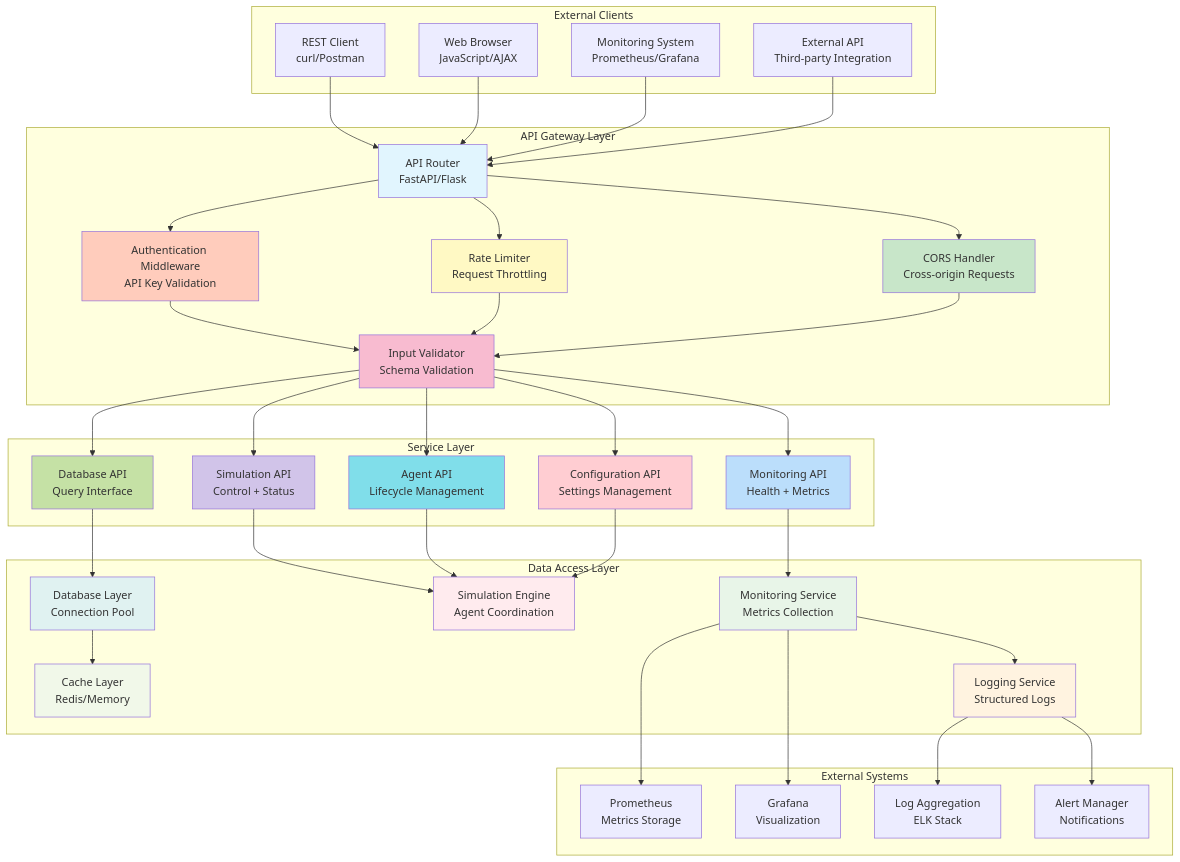
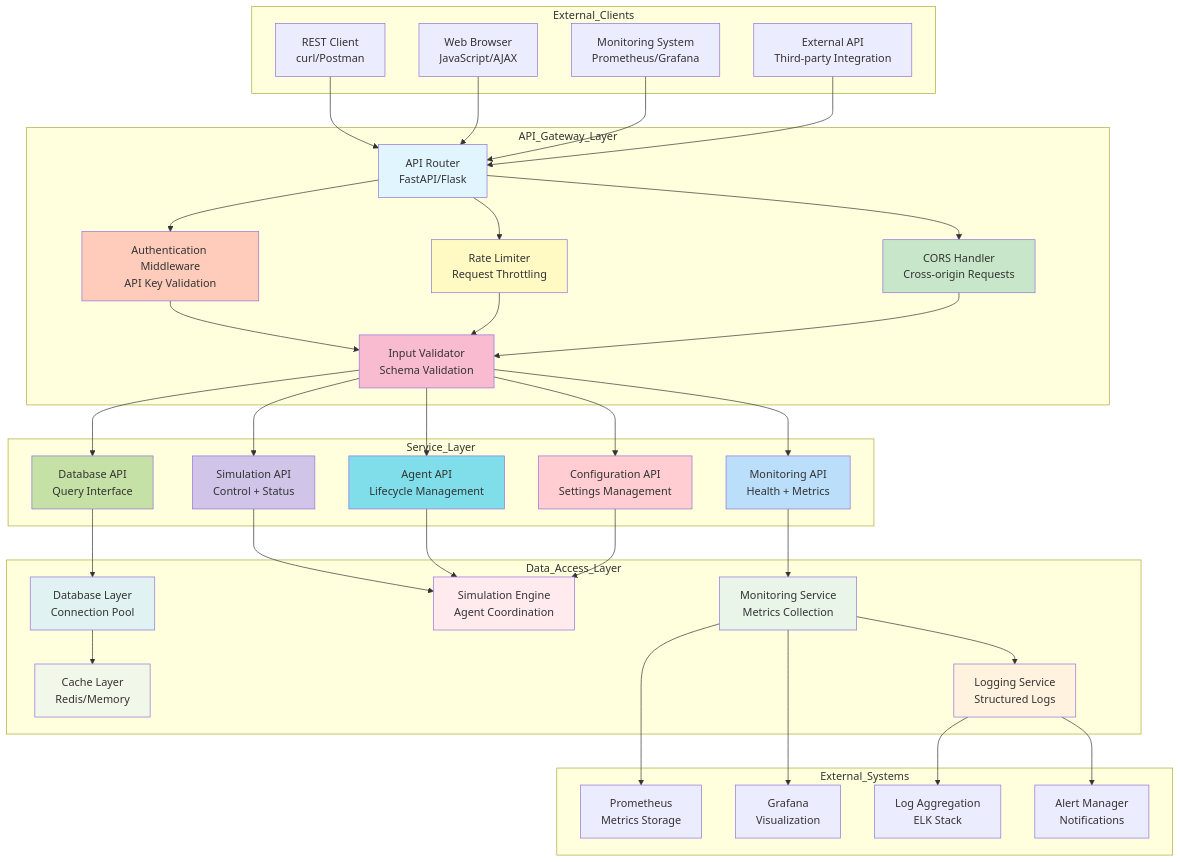
One commit to tanm-sys/build changed the fifth of 11 diagrams in decentralized-ai-simulation/docs/PROJECT_OVERVIEW.md. Above: the diagram before and after it, drawn with Mermaid. The commit also changed other lines of this file and 5 other files, not shown here.

Commit message:
Fix Mermaid diagram parse errors in Markdown files (resolve LINK token issues on line 29 and others)

````diff
--- a/decentralized-ai-simulation/docs/PROJECT_OVERVIEW.md
+++ b/decentralized-ai-simulation/docs/PROJECT_OVERVIEW.md
@@ -542,13 +542,13 @@
 ```mermaid
 graph TB
-    subgraph "External Clients"
+    subgraph "External_Clients"
         CLIENT1[REST Client<br/>curl/Postman]
         CLIENT2[Web Browser<br/>JavaScript/AJAX]
         CLIENT3[Monitoring System<br/>Prometheus/Grafana]
         CLIENT4[External API<br/>Third-party Integration]
     end
 
-    subgraph "API Gateway Layer"
+    subgraph "API_Gateway_Layer"
         ROUTER[API Router<br/>FastAPI/Flask]
         AUTH[Authentication Middleware<br/>API Key Validation]
         RATE_LIMIT[Rate Limiter<br/>Request Throttling]
@@ -556,7 +556,7 @@
         VALIDATOR[Input Validator<br/>Schema Validation]
     end
 
-    subgraph "Service Layer"
+    subgraph "Service_Layer"
         MONITOR_API[Monitoring API<br/>Health + Metrics]
         SIMULATION_API[Simulation API<br/>Control + Status]
         AGENT_API[Agent API<br/>Lifecycle Management]
@@ -564,7 +564,7 @@
         CONFIG_API[Configuration API<br/>Settings Management]
     end
 
-    subgraph "Data Access Layer"
+    subgraph "Data_Access_Layer"
         MONITORING[Monitoring Service<br/>Metrics Collection]
         SIMULATION[Simulation Engine<br/>Agent Coordination]
         DATABASE[Database Layer<br/>Connection Pool]
@@ -572,7 +572,7 @@
         LOGGER[Logging Service<br/>Structured Logs]
     end
 
-    subgraph "External Systems"
+    subgraph "External_Systems"
         PROMETHEUS[Prometheus<br/>Metrics Storage]
         GRAFANA[Grafana<br/>Visualization]
         LOG_SYSTEM[Log Aggregation<br/>ELK Stack]
````
